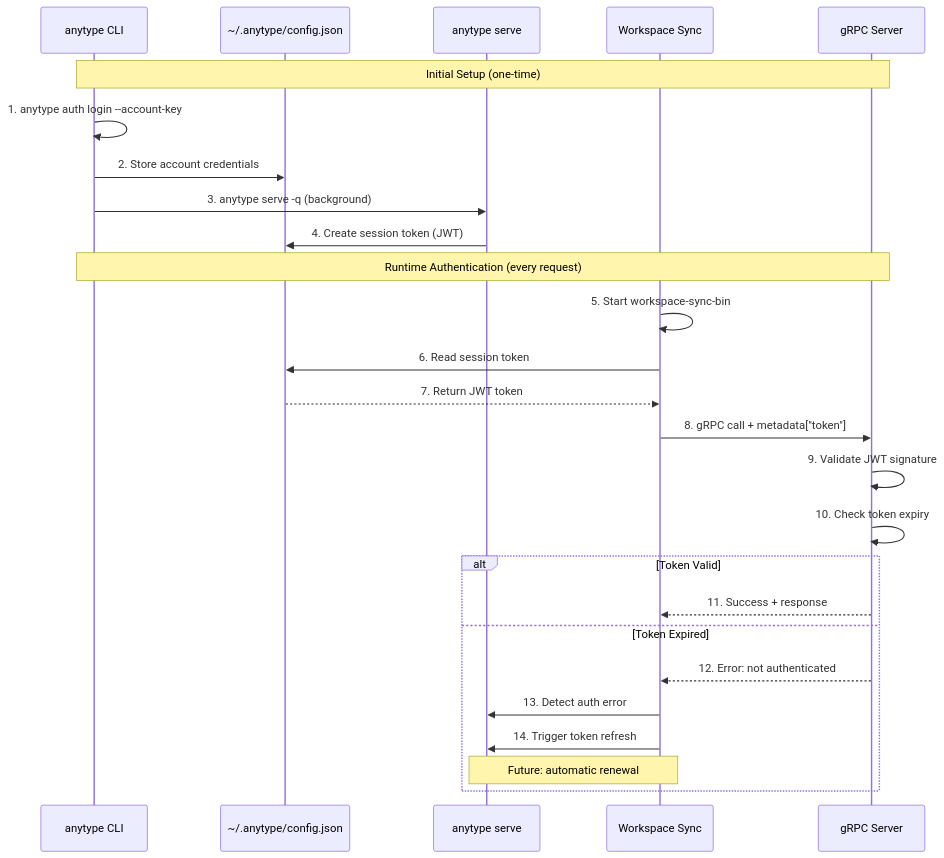
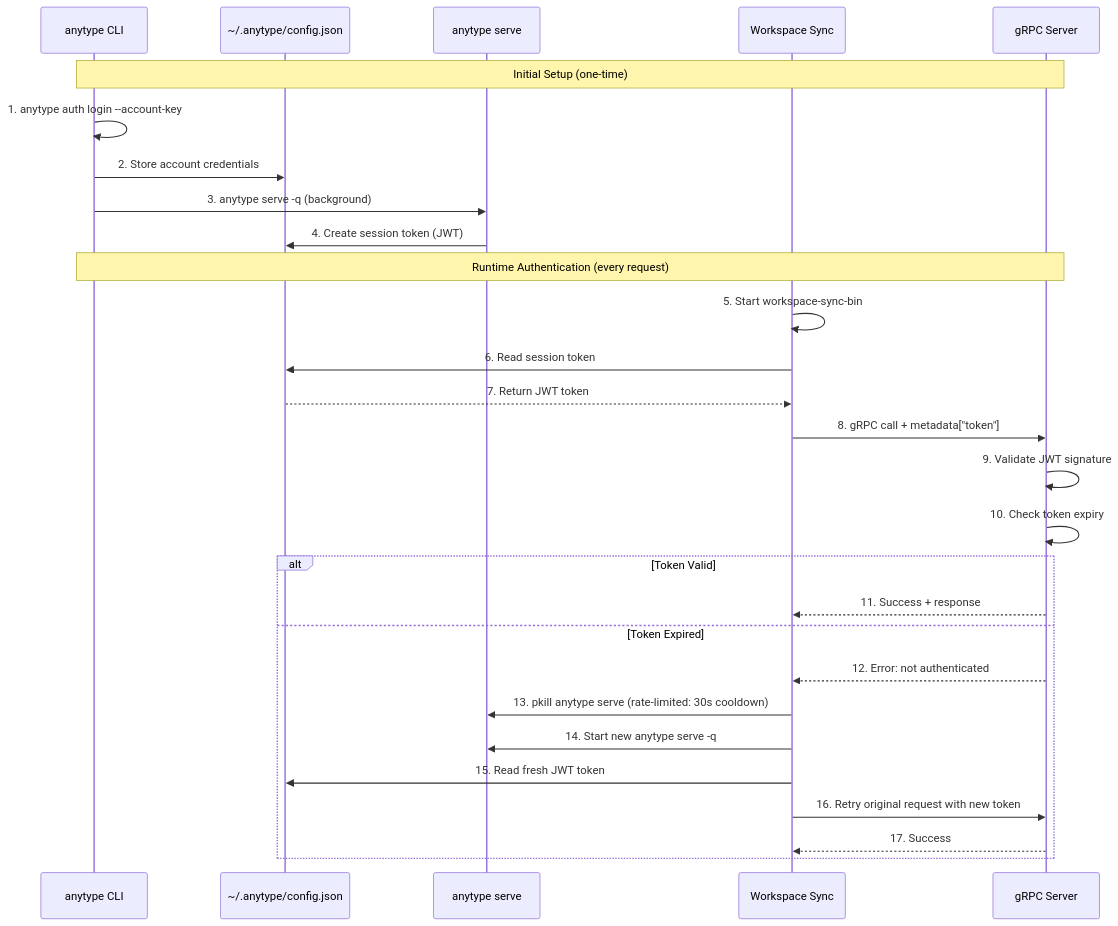
The fifth of 6 diagrams in code/anytype-workspace-sync/SYSTEM_FLOW.md (robouden/openclaw-workspace), drawn with Mermaid before and after one commit. The commit also changed other lines of this file and 3 other files, not shown here.

````diff
--- a/code/anytype-workspace-sync/SYSTEM_FLOW.md
+++ b/code/anytype-workspace-sync/SYSTEM_FLOW.md
@@ -241,34 +241,36 @@
 ```mermaid
 sequenceDiagram
     participant CLI as anytype CLI
     participant CFG as ~/.anytype/config.json
     participant SRV as anytype serve
     participant WS as Workspace Sync
     participant GRPC as gRPC Server
 
     Note over CLI,GRPC: Initial Setup (one-time)
 
     CLI->>CLI: 1. anytype auth login --account-key
     CLI->>CFG: 2. Store account credentials
     CLI->>SRV: 3. anytype serve -q (background)
     SRV->>CFG: 4. Create session token (JWT)
 
     Note over CLI,GRPC: Runtime Authentication (every request)
 
     WS->>WS: 5. Start workspace-sync-bin
     WS->>CFG: 6. Read session token
     CFG-->>WS: 7. Return JWT token
 
     WS->>GRPC: 8. gRPC call + metadata["token"]
     GRPC->>GRPC: 9. Validate JWT signature
     GRPC->>GRPC: 10. Check token expiry
 
     alt Token Valid
         GRPC-->>WS: 11. Success + response
     else Token Expired
         GRPC-->>WS: 12. Error: not authenticated
-        WS->>SRV: 13. Detect auth error
-        WS->>SRV: 14. Trigger token refresh
-        Note over WS,SRV: Future: automatic renewal
+        WS->>SRV: 13. pkill anytype serve (rate-limited: 30s cooldown)
+        WS->>SRV: 14. Start new anytype serve -q
+        WS->>CFG: 15. Read fresh JWT token
+        WS->>GRPC: 16. Retry original request with new token
+        GRPC-->>WS: 17. Success
     end
 ```
````
